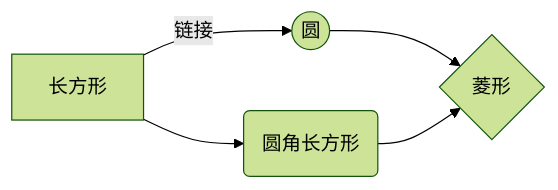
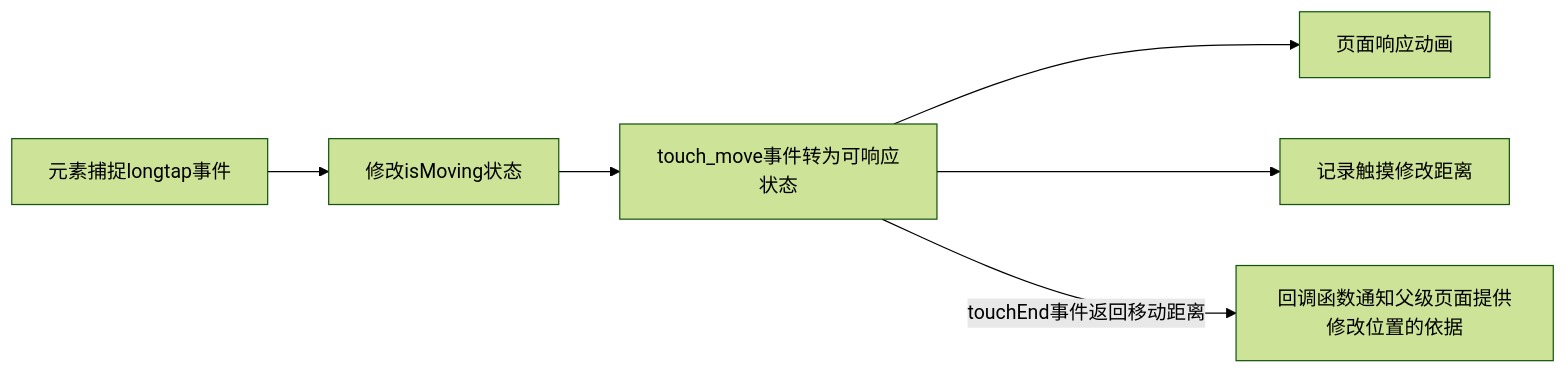
Before and after one commit to czhmisaka/wxDemo_drag: the diagram in czh.md, drawn with Mermaid (forest theme). The commit also changed other lines of this file and 1 other file, not shown here.

````diff
--- a/czh.md
+++ b/czh.md
@@ -184,7 +18,6 @@
 ```mermaid
 graph LR
-A[长方形] -- 链接 --> B((圆))
-A --> C(圆角长方形)
-B --> D{菱形}
-C --> D
+A[元素捕捉longtap事件] --> B[修改isMoving状态] --> C[touch_move事件转为可响应状态] --> D[页面响应动画]
+C --> E[记录触摸修改距离]
+C -- touchEnd事件返回移动距离 --> F[回调函数通知父级页面提供修改位置的依据]
 ```
````
